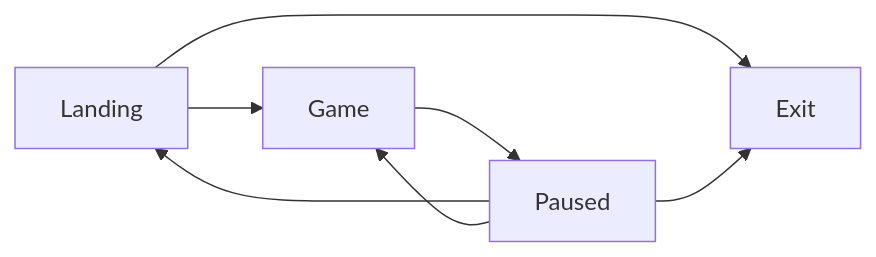
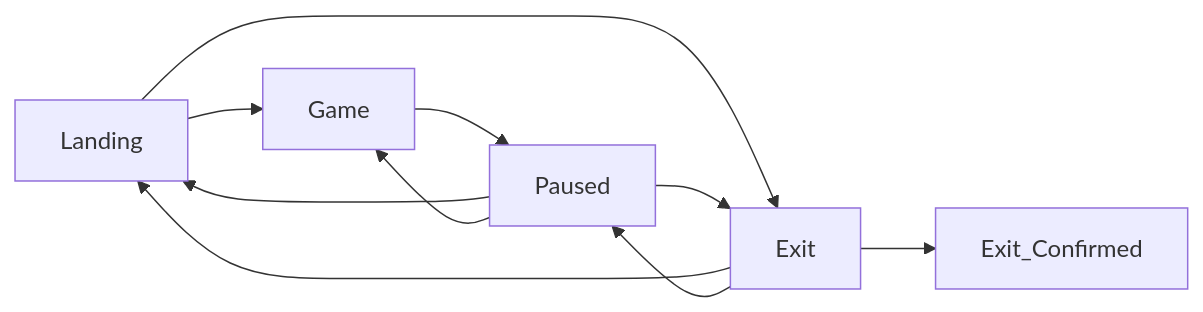
Before and after one commit to entitycs/WaMBaM: the first of 2 diagrams in docs/indev.md, drawn with Mermaid. The commit also changed other lines of this file, not shown here.

````diff
--- a/docs/indev.md
+++ b/docs/indev.md
@@ -5,6 +5,7 @@
 ```mermaid
 flowchart LR
 Landing --> Game & Exit
 Game --> Paused
 Paused --> Exit & Landing & Game
+Exit --> Exit_Confirmed & Landing & Paused
 ```
````
